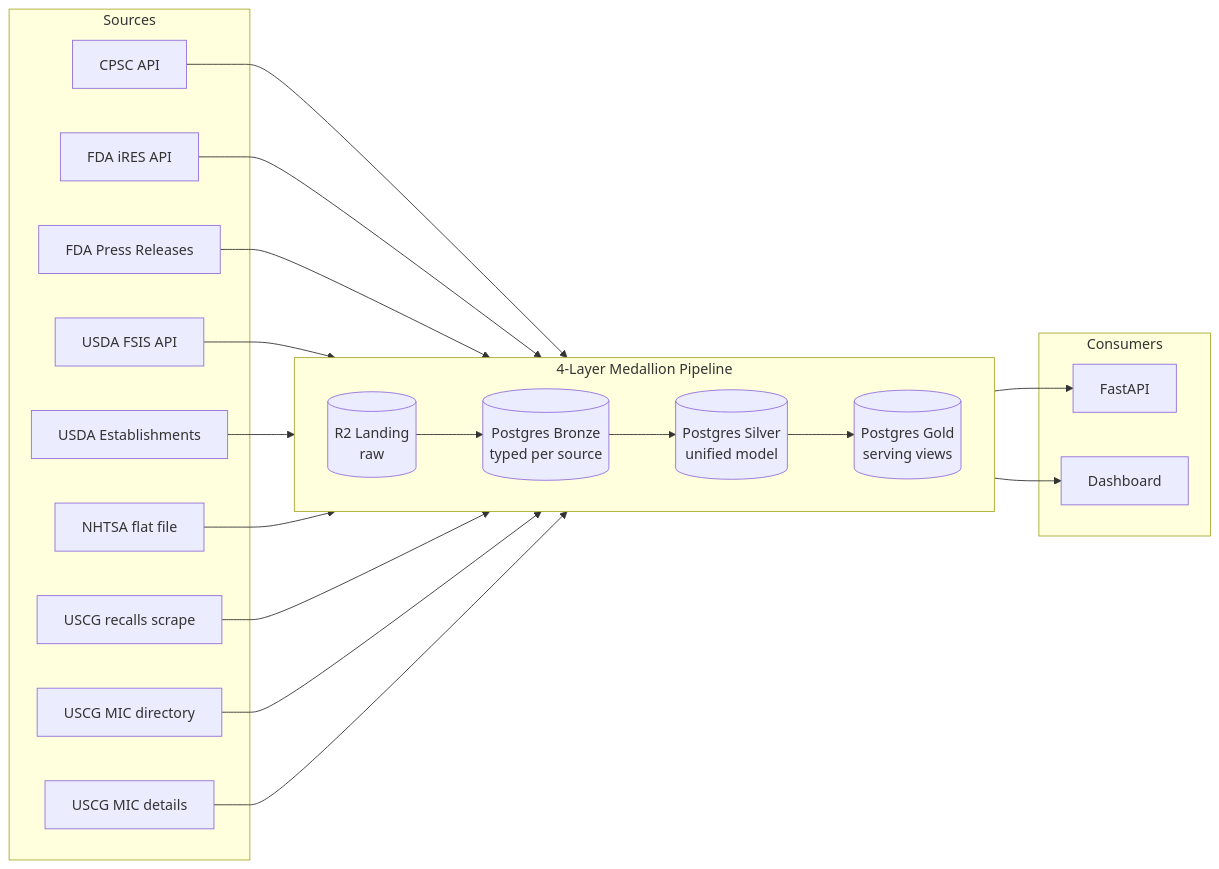
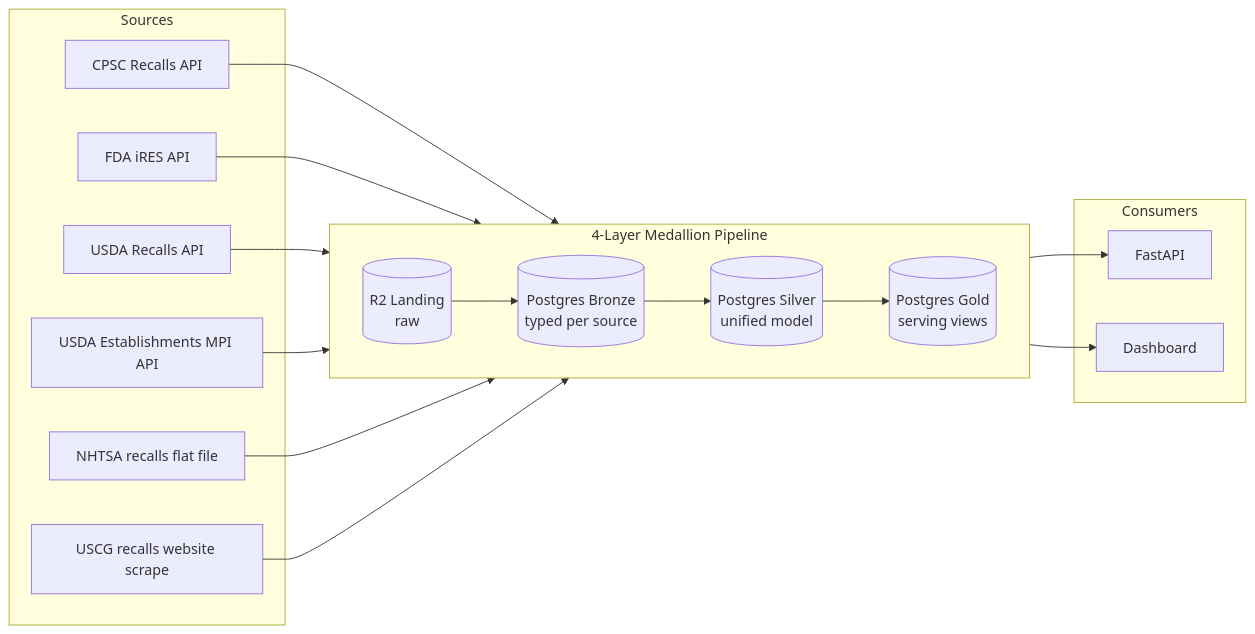
The diagram in README.md (justanesta/consumer-product-recalls), drawn with Mermaid before and after one commit. The commit also changed 1 other file, not shown here.

Commit message:
updating README architecture at a glance diagram and adding CRON_ENABLED repo var gate to transform.yml

````diff
--- a/README.md
+++ b/README.md
@@ -9,41 +9,35 @@
 ```mermaid
 flowchart LR
     subgraph sources[Sources]
-        CPSC[CPSC API]
+        CPSC[CPSC Recalls API]
         FDA[FDA iRES API]
-        FDAPR[FDA Press Releases]
-        USDA[USDA FSIS API]
-        USDAEST[USDA Establishments]
-        NHTSA[NHTSA flat file]
-        USCG[USCG recalls scrape]
-        USCGMFR[USCG MIC directory]
-        USCGDET[USCG MIC details]
+        USDA[USDA Recalls API]
+        USDAEST[USDA Establishments MPI API]
+        NHTSA[NHTSA recalls flat file]
+        USCG[USCG recalls website scrape]
     end
 
     subgraph pipeline[4-Layer Medallion Pipeline]
         direction LR
         R2[(R2 Landing<br/>raw)]
         BR[(Postgres Bronze<br/>typed per source)]
         SV[(Postgres Silver<br/>unified model)]
         GD[(Postgres Gold<br/>serving views)]
         R2 --> BR --> SV --> GD
     end
 
     subgraph consumers[Consumers]
         API[FastAPI]
         UI[Dashboard]
     end
 
     CPSC --> R2
     FDA --> R2
-    FDAPR --> R2
     USDA --> R2
     USDAEST --> R2
     NHTSA --> R2
     USCG --> R2
-    USCGMFR --> R2
-    USCGDET --> R2
 
     GD --> API
     GD --> UI
 ```
````
